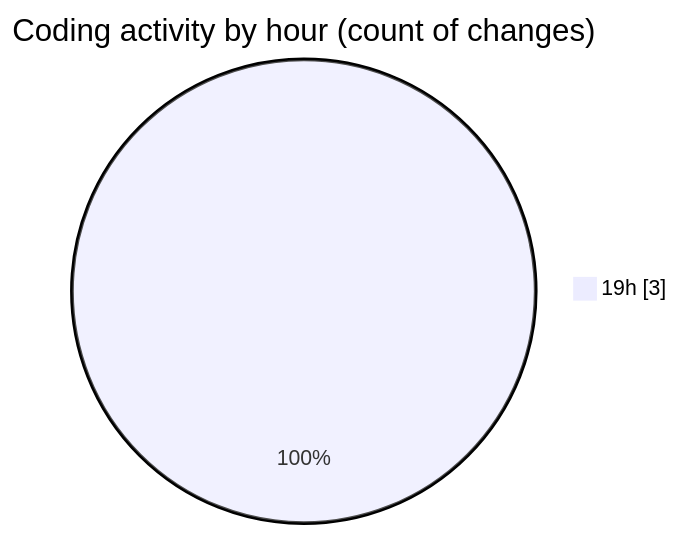
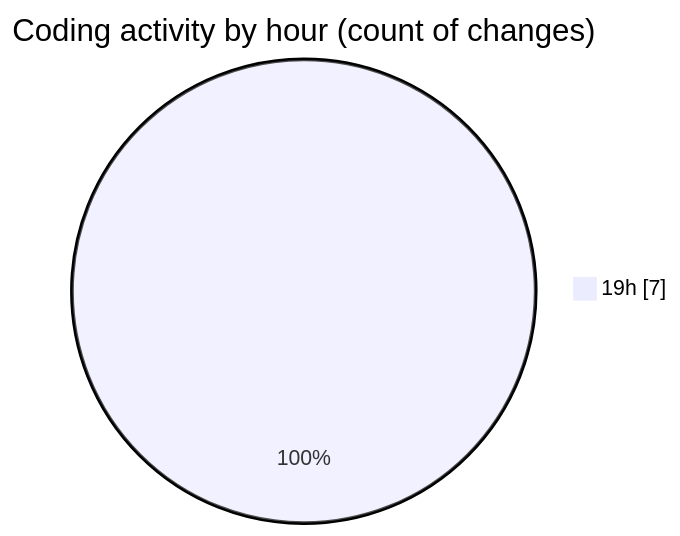
The second of 2 diagrams in 2025-05-06/hello_world/README.md (Netris89/code-tracking), drawn with Mermaid before and after one commit. The commit also changed other lines of this file and 1 other file, not shown here.

````diff
--- a/2025-05-06/hello_world/README.md
+++ b/2025-05-06/hello_world/README.md
@@ -28,5 +30,5 @@
 ```mermaid
 pie showData
 title Coding activity by hour (count of changes)
-"19h" : 3
+"19h" : 7
 ```
````
